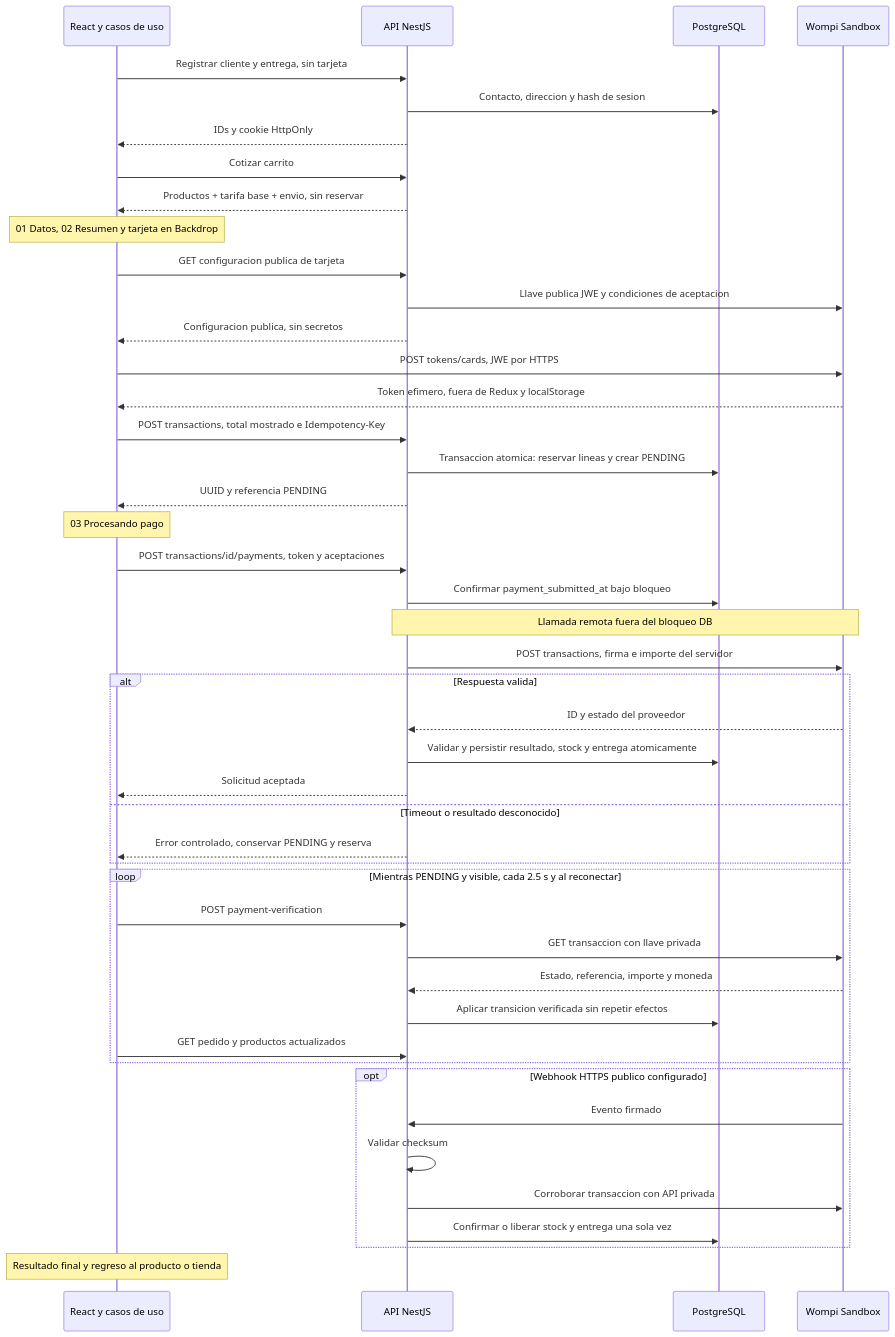
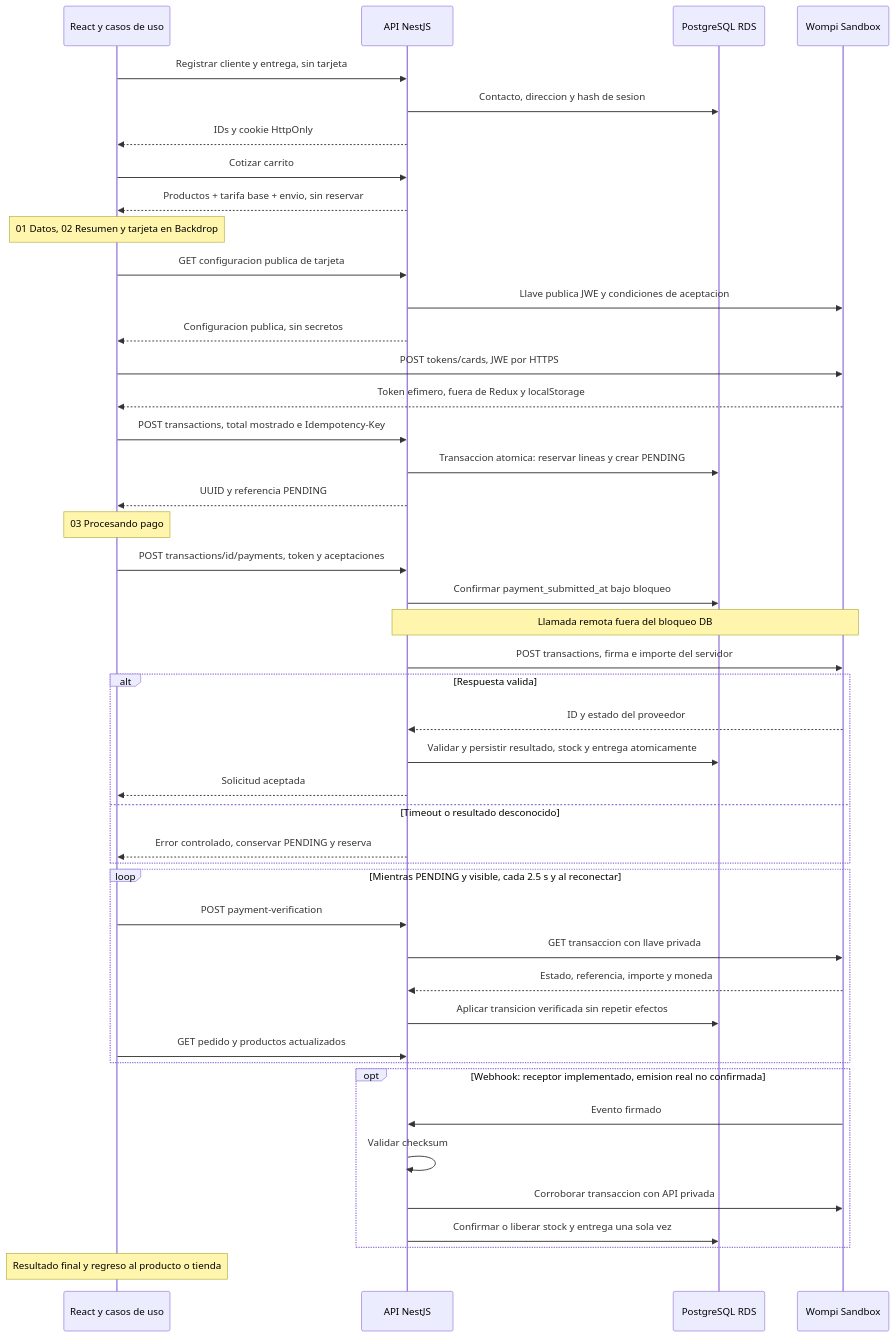
The second of 2 diagrams in README.md (blush-atelier/blush-atelier-api), drawn with Mermaid before and after one commit. The commit also changed other lines of this file and 2 other files, not shown here.

Commit message:
docs(delivery): finalize public URLs and synchronize deployment diagrams

````diff
--- a/README.md
+++ b/README.md
@@ -113,47 +114,47 @@
 ```mermaid
 sequenceDiagram
     participant F as React y casos de uso
     participant A as API NestJS
-    participant D as PostgreSQL
+    participant D as PostgreSQL RDS
     participant W as Wompi Sandbox
     F->>A: Registrar cliente y entrega, sin tarjeta
     A->>D: Contacto, direccion y hash de sesion
     A-->>F: IDs y cookie HttpOnly
     F->>A: Cotizar carrito
     A-->>F: Productos + tarifa base + envio, sin reservar
     Note over F: 01 Datos, 02 Resumen y tarjeta en Backdrop
     F->>A: GET configuracion publica de tarjeta
     A->>W: Llave publica JWE y condiciones de aceptacion
     A-->>F: Configuracion publica, sin secretos
     F->>W: POST tokens/cards, JWE por HTTPS
     W-->>F: Token efimero, fuera de Redux y localStorage
     F->>A: POST transactions, total mostrado e Idempotency-Key
     A->>D: Transaccion atomica: reservar lineas y crear PENDING
     A-->>F: UUID y referencia PENDING
     Note over F: 03 Procesando pago
     F->>A: POST transactions/id/payments, token y aceptaciones
     A->>D: Confirmar payment_submitted_at bajo bloqueo
     Note over A,W: Llamada remota fuera del bloqueo DB
     A->>W: POST transactions, firma e importe del servidor
     alt Respuesta valida
         W-->>A: ID y estado del proveedor
         A->>D: Validar y persistir resultado, stock y entrega atomicamente
         A-->>F: Solicitud aceptada
     else Timeout o resultado desconocido
         A-->>F: Error controlado, conservar PENDING y reserva
     end
     loop Mientras PENDING y visible, cada 2.5 s y al reconectar
         F->>A: POST payment-verification
         A->>W: GET transaccion con llave privada
         W-->>A: Estado, referencia, importe y moneda
         A->>D: Aplicar transicion verificada sin repetir efectos
         F->>A: GET pedido y productos actualizados
     end
-    opt Webhook HTTPS publico configurado
+    opt Webhook: receptor implementado, emision real no confirmada
         W->>A: Evento firmado
         A->>A: Validar checksum
         A->>W: Corroborar transaccion con API privada
         A->>D: Confirmar o liberar stock y entrega una sola vez
     end
     Note over F: Resultado final y regreso al producto o tienda
 ```
````
